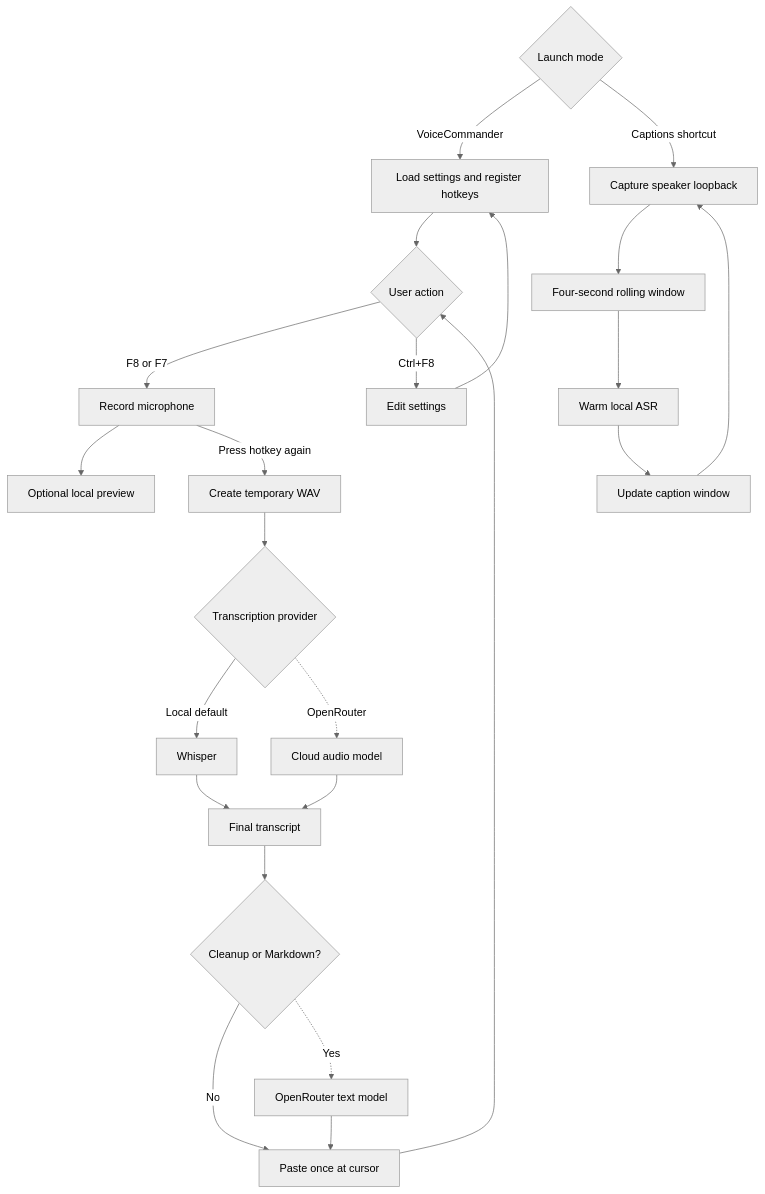
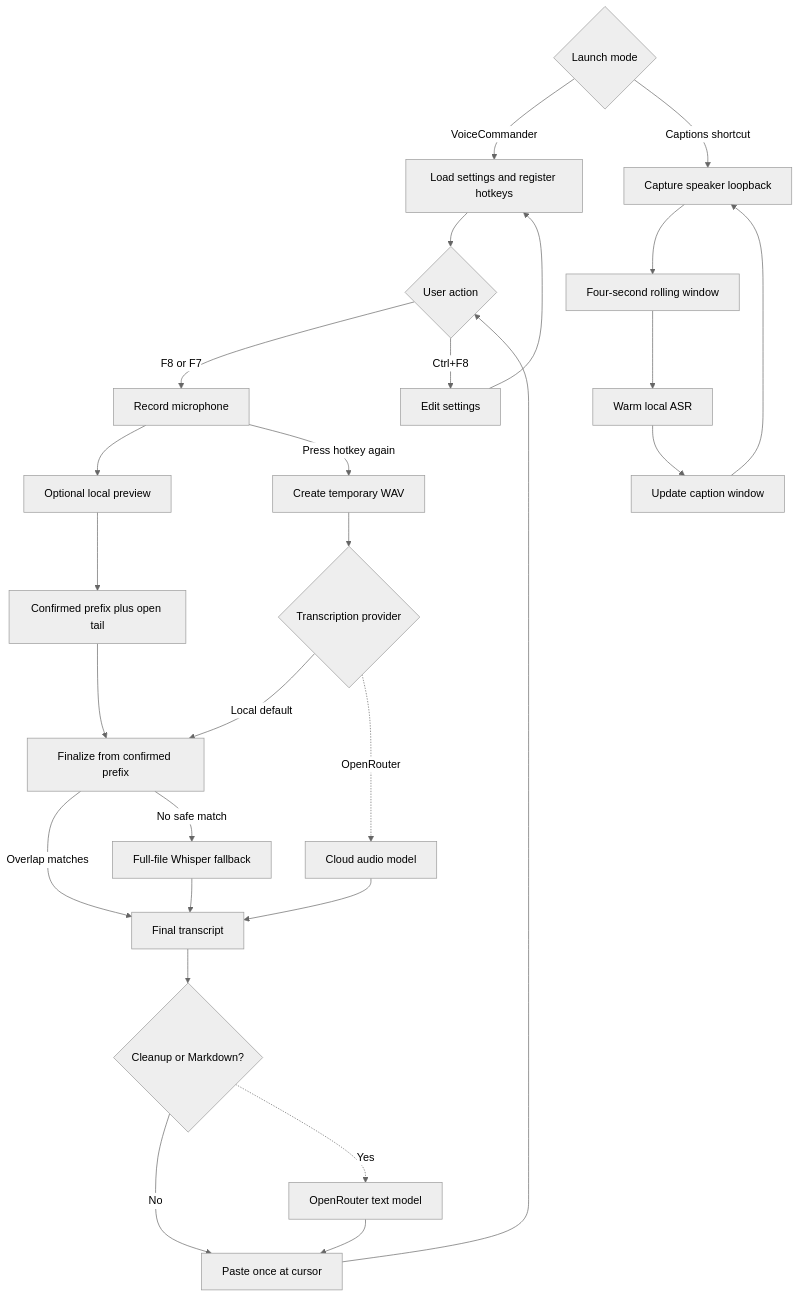
The first of 2 diagrams in README.md (adevol/VoiceCommander), drawn with Mermaid (neutral theme) before and after one commit. The commit also changed other lines of this file, not shown here.

````diff
--- a/README.md
+++ b/README.md
@@ -29,28 +29,32 @@
 ```mermaid
 flowchart TD
     A{Launch mode} -->|VoiceCommander| B[Load settings and register hotkeys]
     A -->|Captions shortcut| N[Capture speaker loopback]
 
     B --> C{User action}
     C -->|F8 or F7| D[Record microphone]
     C -->|Ctrl+F8| E[Edit settings]
     E --> B
 
     D --> F[Optional local preview]
+    F --> S[Confirmed prefix plus open tail]
     D -->|Press hotkey again| G[Create temporary WAV]
     G --> H{Transcription provider}
-    H -->|Local default| I[Whisper]
+    H -->|Local default| I[Finalize from confirmed prefix]
     H -.->|OpenRouter| J[Cloud audio model]
-    I --> K[Final transcript]
+    S --> I
+    I -->|Overlap matches| K[Final transcript]
+    I -->|No safe match| T[Full-file Whisper fallback]
+    T --> K
     J --> K
     K --> L{Cleanup or Markdown?}
     L -->|No| M[Paste once at cursor]
     L -.->|Yes| O[OpenRouter text model]
     O --> M
     M --> C
 
     N --> P[Four-second rolling window]
     P --> Q[Warm local ASR]
     Q --> R[Update caption window]
     R --> N
 ```
````
